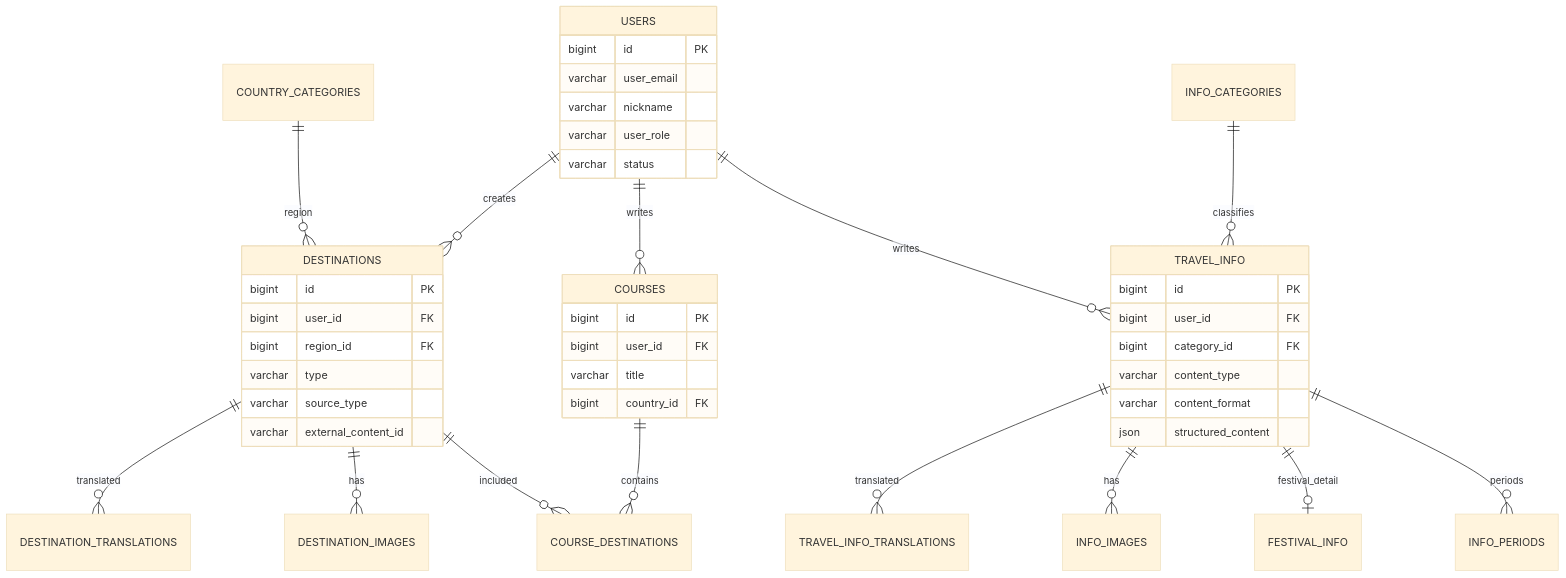
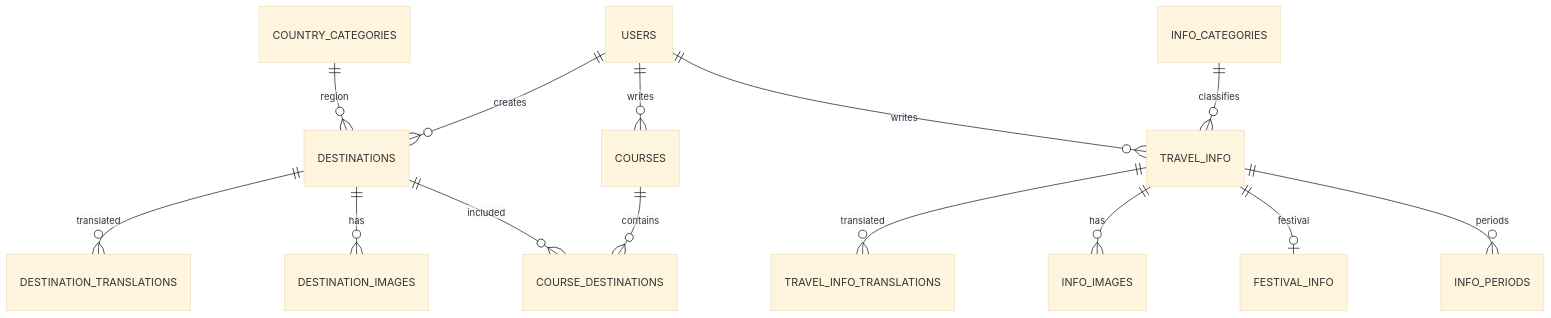
One commit to chocofather/travel-diary changed the second of 4 diagrams in README.md. Above: the diagram before and after it, drawn with Mermaid (base theme). The commit also changed other lines of this file, not shown here.

Commit message:
docs: refine README galleries and ERD

````diff
--- a/README.md
+++ b/README.md
@@ -267,51 +306,18 @@
 ```mermaid
 erDiagram
     USERS ||--o{ DESTINATIONS : creates
     COUNTRY_CATEGORIES ||--o{ DESTINATIONS : region
     DESTINATIONS ||--o{ DESTINATION_TRANSLATIONS : translated
     DESTINATIONS ||--o{ DESTINATION_IMAGES : has
 
     USERS ||--o{ COURSES : writes
     COURSES ||--o{ COURSE_DESTINATIONS : contains
     DESTINATIONS ||--o{ COURSE_DESTINATIONS : included
 
     USERS ||--o{ TRAVEL_INFO : writes
     INFO_CATEGORIES ||--o{ TRAVEL_INFO : classifies
     TRAVEL_INFO ||--o{ TRAVEL_INFO_TRANSLATIONS : translated
     TRAVEL_INFO ||--o{ INFO_IMAGES : has
-    TRAVEL_INFO ||--o| FESTIVAL_INFO : festival_detail
+    TRAVEL_INFO ||--o| FESTIVAL_INFO : festival
     TRAVEL_INFO ||--o{ INFO_PERIODS : periods
-
-    USERS {
-        bigint id PK
-        varchar user_email
-        varchar nickname
-        varchar user_role
-        varchar status
-    }
-
-    DESTINATIONS {
-        bigint id PK
-        bigint user_id FK
-        bigint region_id FK
-        varchar type
-        varchar source_type
-        varchar external_content_id
-    }
-
-    COURSES {
-        bigint id PK
-        bigint user_id FK
-        varchar title
-        bigint country_id FK
-    }
-
-    TRAVEL_INFO {
-        bigint id PK
-        bigint user_id FK
-        bigint category_id FK
-        varchar content_type
-        varchar content_format
-        json structured_content
-    }
 ```
````
